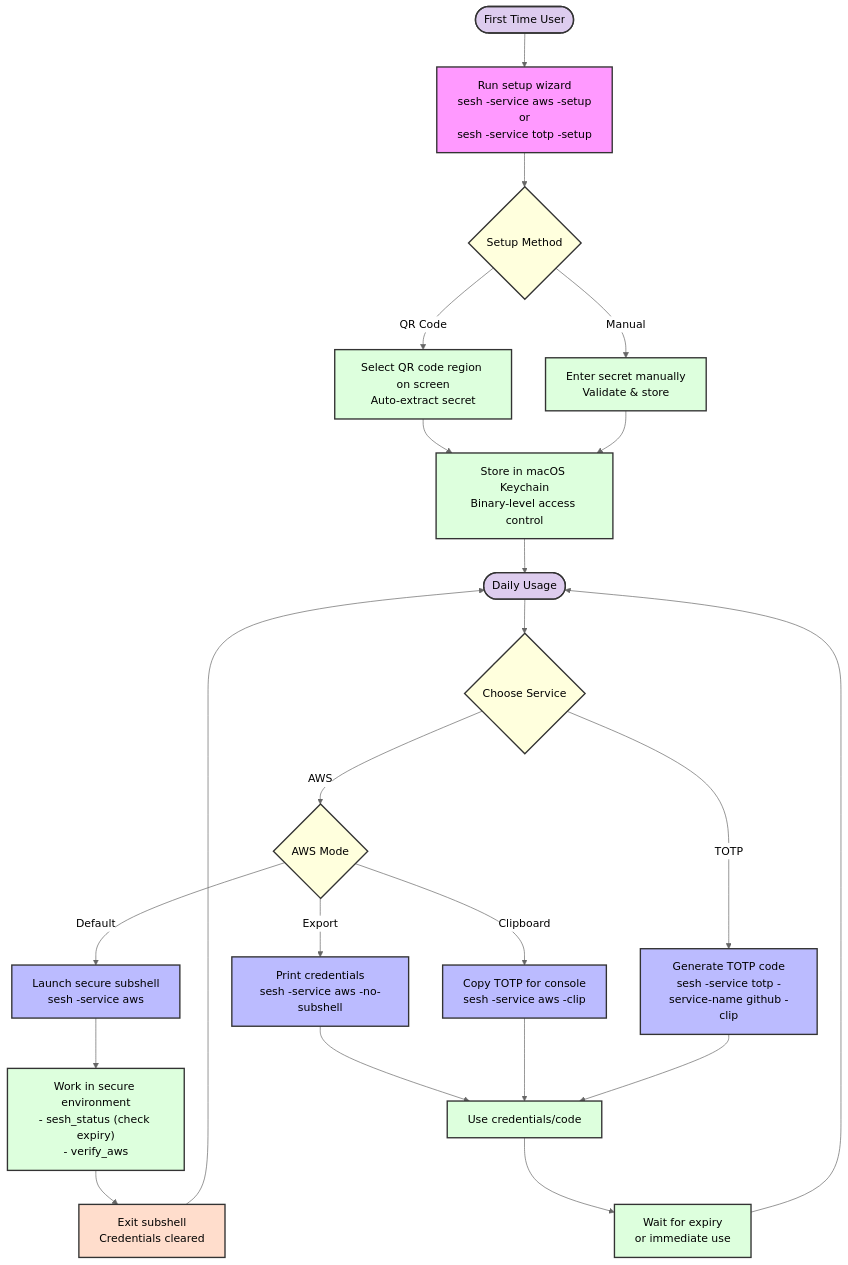
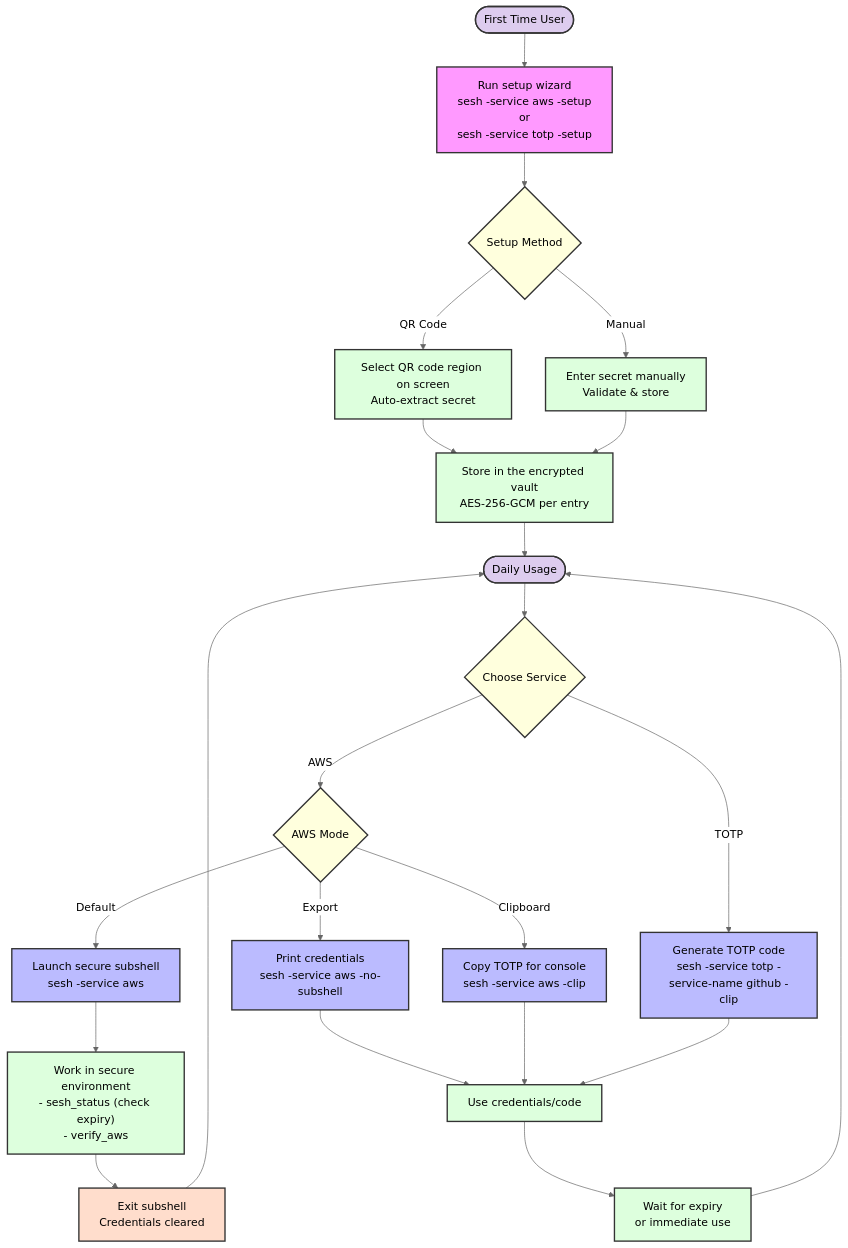
The first of 2 diagrams in docs/USAGE_AND_CONFIGURATION.md (bashhack/sesh), drawn with Mermaid before and after one commit. The commit also changed other lines of this file and 36 other files, not shown here.

````diff
--- a/docs/USAGE_AND_CONFIGURATION.md
+++ b/docs/USAGE_AND_CONFIGURATION.md
@@ -11,42 +11,42 @@
 ```mermaid
 %%{init: {'theme': 'neutral'}}%%
 flowchart TD
     classDef start fill:#dce,stroke:#333,stroke-width:2px
     classDef process fill:#dfd,stroke:#333,stroke-width:2px
     classDef decision fill:#ffd,stroke:#333,stroke-width:2px
     classDef endNode fill:#fdc,stroke:#333,stroke-width:2px
     classDef sesh fill:#bbf,stroke:#333,stroke-width:2px
     classDef setup fill:#f9f,stroke:#333,stroke-width:2px
 
     Start([First Time User]):::start --> Setup["Run setup wizard<br>sesh -service aws -setup<br>or<br>sesh -service totp -setup"]:::setup
     
     Setup --> SetupChoice{"Setup Method"}:::decision
     SetupChoice -->|"QR Code"| QR["Select QR code region on screen<br>Auto-extract secret"]:::process
     SetupChoice -->|"Manual"| Manual["Enter secret manually<br>Validate & store"]:::process
     
-    QR --> Keychain["Store in macOS Keychain<br>Binary-level access control"]:::process
-    Manual --> Keychain
+    QR --> Vault["Store in the encrypted vault<br>AES-256-GCM per entry"]:::process
+    Manual --> Vault
     
-    Keychain --> Daily([Daily Usage]):::start
+    Vault --> Daily([Daily Usage]):::start
     
     Daily --> Service{"Choose Service"}:::decision
     
     Service -->|"AWS"| AWSChoice{"AWS Mode"}:::decision
     AWSChoice -->|"Default"| Subshell["Launch secure subshell<br>sesh -service aws"]:::sesh
     AWSChoice -->|"Export"| Export["Print credentials<br>sesh -service aws -no-subshell"]:::sesh
     AWSChoice -->|"Clipboard"| AWSClip["Copy TOTP for console<br>sesh -service aws -clip"]:::sesh
     
     Service -->|"TOTP"| TOTP["Generate TOTP code<br>sesh -service totp -service-name github -clip"]:::sesh
     
     Subshell --> Work["Work in secure environment<br>- sesh_status (check expiry)<br>- verify_aws"]:::process
     Work --> Exit["Exit subshell<br>Credentials cleared"]:::endNode
     
     Export --> Use["Use credentials/code"]:::process
     AWSClip --> Use
     TOTP --> Use
     
     Use --> Expire["Wait for expiry<br>or immediate use"]:::process
     Expire --> Daily
     
     Exit --> Daily
 ```
````
